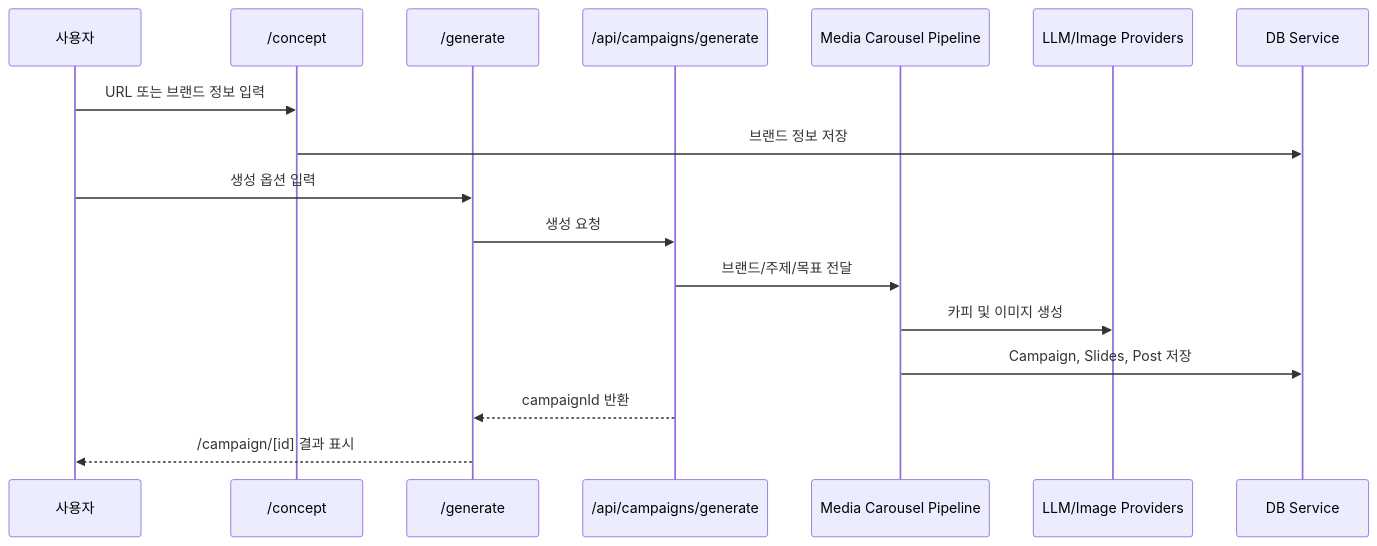
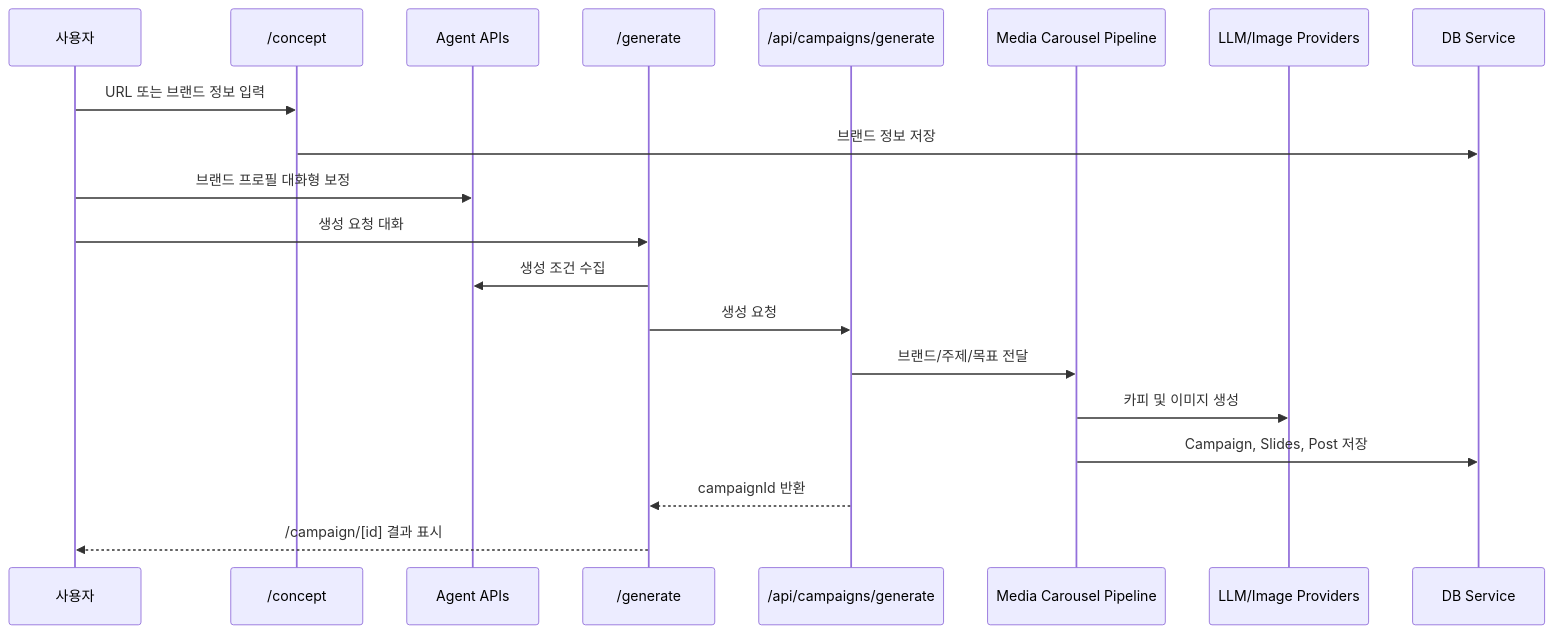
One commit to MCuffs/snsagent changed the third of 7 diagrams in SYSTEM_ARCHITECTURE.md. Above: the diagram before and after it, drawn with Mermaid. The commit also changed other lines of this file and 38 other files, not shown here.

Commit message:
feat: secure core flows and align pricing experience

````diff
--- a/SYSTEM_ARCHITECTURE.md
+++ b/SYSTEM_ARCHITECTURE.md
@@ -74,20 +77,23 @@
 ```mermaid
 sequenceDiagram
     participant U as 사용자
     participant C as /concept
+    participant A as Agent APIs
     participant G as /generate
     participant API as /api/campaigns/generate
     participant P as Media Carousel Pipeline
     participant AI as LLM/Image Providers
     participant DB as DB Service
 
     U->>C: URL 또는 브랜드 정보 입력
     C->>DB: 브랜드 정보 저장
-    U->>G: 생성 옵션 입력
+    U->>A: 브랜드 프로필 대화형 보정
+    U->>G: 생성 요청 대화
+    G->>A: 생성 조건 수집
     G->>API: 생성 요청
     API->>P: 브랜드/주제/목표 전달
     P->>AI: 카피 및 이미지 생성
     P->>DB: Campaign, Slides, Post 저장
     API-->>G: campaignId 반환
     G-->>U: /campaign/[id] 결과 표시
 ```
````
